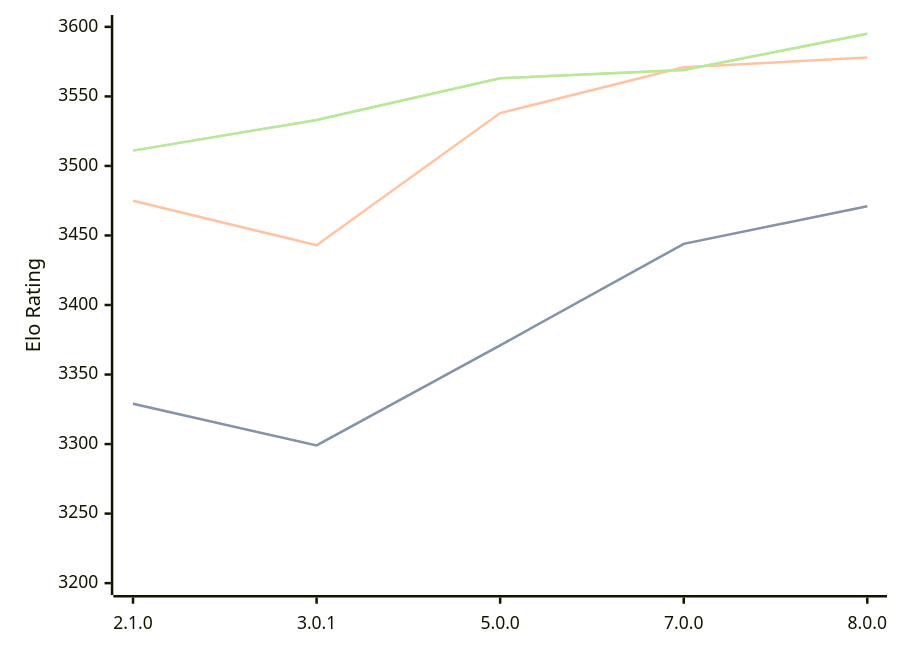
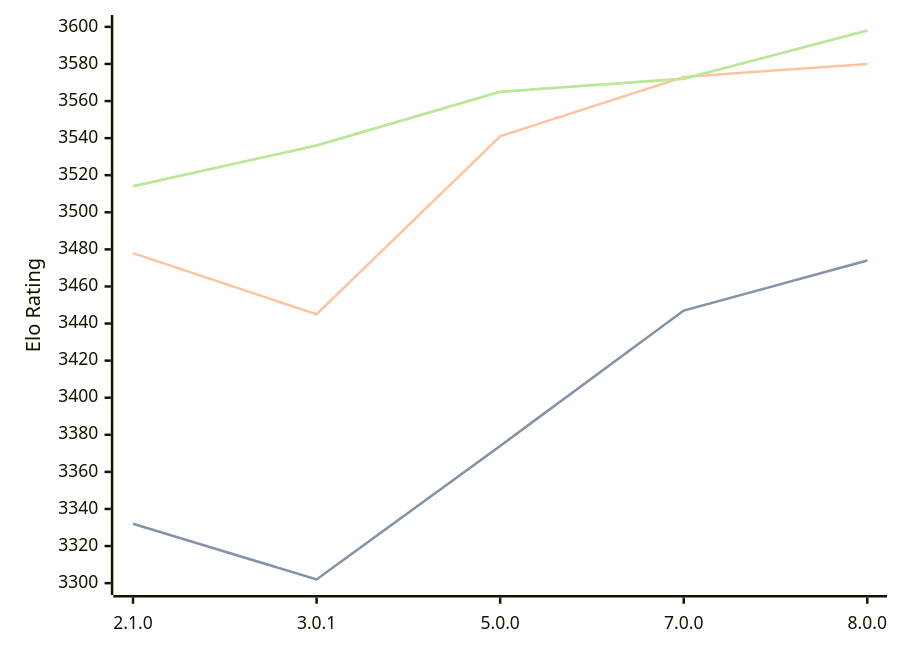
The diagram in engines/PlentyChess.md (computer-chess-index/cci), drawn with Mermaid before and after one commit. The commit also changed other lines of this file, not shown here.

Commit message:
Update CCI Ratings (ELO VLTC) - 2026-09-24

````diff
--- a/engines/PlentyChess.md
+++ b/engines/PlentyChess.md
@@ -37,11 +37,11 @@
 ```mermaid
 %%{init: {"theme":"base","themeVariables":{"seriesColors:['#a3a3a3','#222221','#faa371']}}}%%
 xychart-beta
   x-axis ["2.1.0", "3.0.1", "5.0.0", "7.0.0", "8.0.0"]
-  y-axis "Elo Rating" 3200 --> 3600
-  line "" [3329, 3299, 3371, 3444, 3471]
-  line "STC (8.0+0.08s)" [3329, 3299, 3371, 3444, 3471]
-  line "LTC (60.0+0.60s)" [3475, 3443, 3538, 3571, 3578]
-  line "" [3511, 3533, 3563, 3569, 3595]
-  line "VLTC (2m24s+1.12s)" [3511, 3533, 3563, 3569, 3595]
+  y-axis "Elo Rating" 3300 --> 3600
+  line "" [3332, 3302, 3374, 3447, 3474]
+  line "STC (8.0+0.08s)" [3332, 3302, 3374, 3447, 3474]
+  line "LTC (60.0+0.60s)" [3478, 3445, 3541, 3573, 3580]
+  line "" [3514, 3536, 3565, 3572, 3598]
+  line "VLTC (2m24s+1.12s)" [3514, 3536, 3565, 3572, 3598]
 ```
````
